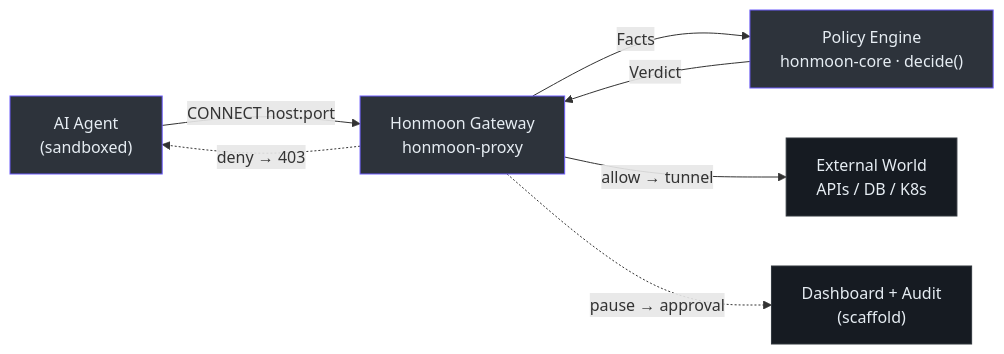
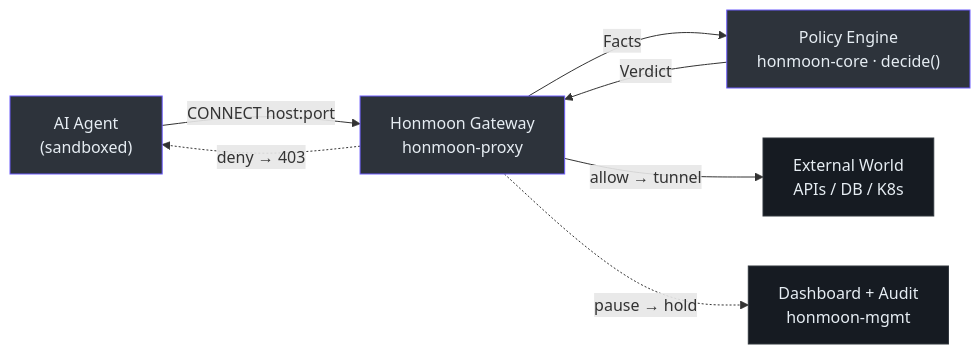
Before and after one commit to pleaseai/honmoon: the diagram in wiki/index.md, drawn with Mermaid. The commit also changed other lines of this file and 19 other files, not shown here.

Commit message:
docs(wiki): refresh for Phase 4 (pause approval, audit log, dashboard, honmoon-mgmt)

````diff
--- a/wiki/index.md
+++ b/wiki/index.md
@@ -47,15 +48,15 @@
 ```mermaid
 flowchart LR
   agent["AI Agent<br>(sandboxed)"] -->|CONNECT host:port| gw["Honmoon Gateway<br>honmoon-proxy"]
   gw -->|Facts| core["Policy Engine<br>honmoon-core · decide()"]
   core -->|Verdict| gw
   gw -->|allow → tunnel| ext["External World<br>APIs / DB / K8s"]
   gw -.->|deny → 403| agent
-  gw -.->|pause → approval| dash["Dashboard + Audit<br>(scaffold)"]
+  gw -.->|pause → hold| dash["Dashboard + Audit<br>honmoon-mgmt"]
 
   style agent fill:#2d333b,stroke:#6d5dfc,color:#e6edf3
   style gw fill:#2d333b,stroke:#6d5dfc,color:#e6edf3
   style core fill:#2d333b,stroke:#6d5dfc,color:#e6edf3
   style ext fill:#161b22,stroke:#30363d,color:#e6edf3
   style dash fill:#161b22,stroke:#30363d,color:#e6edf3
 ```
````
